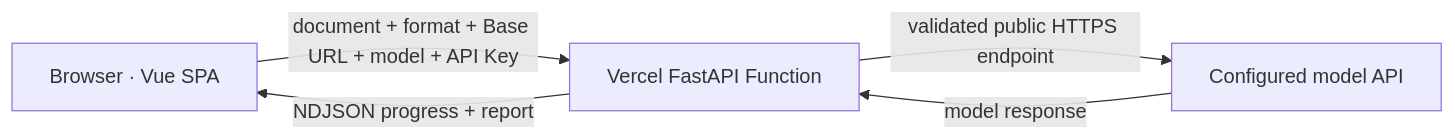
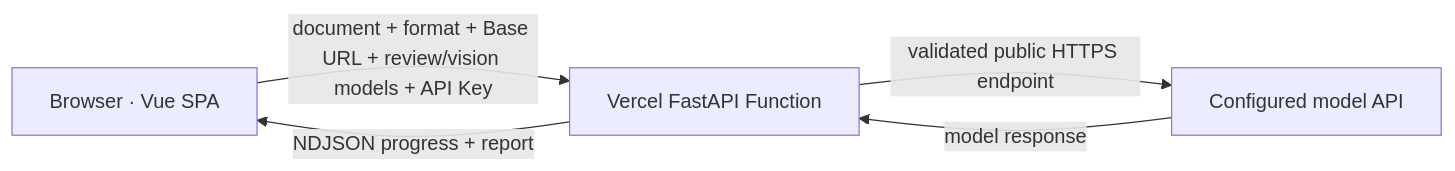
Before and after one commit to Maropion03/awesome-requirement-review-agent: the diagram in documentation/architecture.md, drawn with Mermaid. The commit also changed other lines of this file and 16 other files, not shown here.

Commit message:
fix: route PDF diagrams through a vision model

````diff
--- a/documentation/architecture.md
+++ b/documentation/architecture.md
@@ -9,7 +9,7 @@
 ```mermaid
 flowchart LR
-    B["Browser · Vue SPA"] -->|"document + format + Base URL + model + API Key"| V["Vercel FastAPI Function"]
+    B["Browser · Vue SPA"] -->|"document + format + Base URL + review/vision models + API Key"| V["Vercel FastAPI Function"]
     V -->|"validated public HTTPS endpoint"| P["Configured model API"]
     P -->|"model response"| V
     V -->|"NDJSON progress + report"| B
 ```
````
